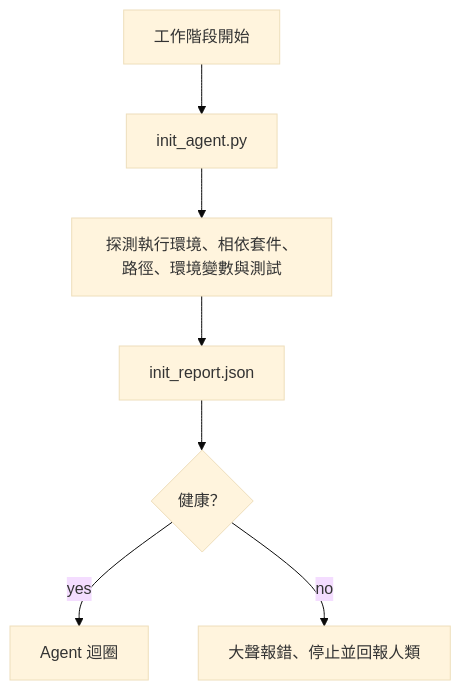
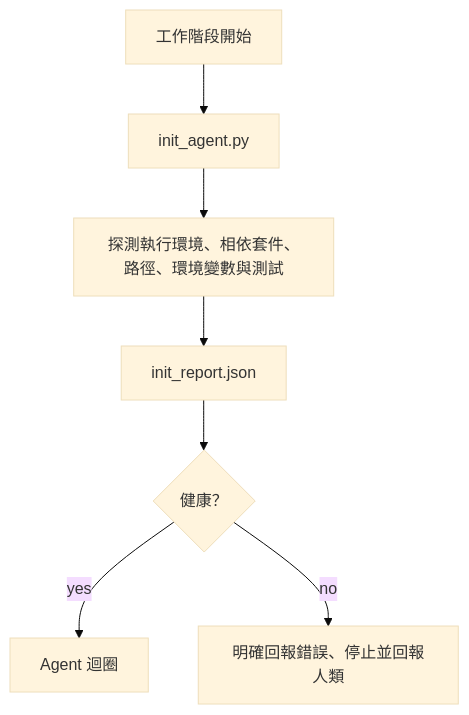
Before and after one commit to edward821220/ai-engineering-from-scratch: the diagram in i18n/zh-TW/phases/14-agent-engineering/35-initialization-scripts/docs/zh-TW.md, drawn with Mermaid (base theme). The commit also changed other lines of this file and 137 other files, not shown here.

````diff
--- a/i18n/zh-TW/phases/14-agent-engineering/35-initialization-scripts/docs/zh-TW.md
+++ b/i18n/zh-TW/phases/14-agent-engineering/35-initialization-scripts/docs/zh-TW.md
@@ -25,9 +25,9 @@
 ```mermaid
 flowchart TD
   Start[工作階段開始] --> Init[init_agent.py]
   Init --> Probes[探測執行環境、相依套件、路徑、環境變數與測試]
   Probes --> Report[init_report.json]
   Report --> Decision{健康？}
   Decision -- yes --> Agent[Agent 迴圈]
-  Decision -- no --> Halt[大聲報錯、停止並回報人類]
+  Decision -- no --> Halt[明確回報錯誤、停止並回報人類]
 ```
````
